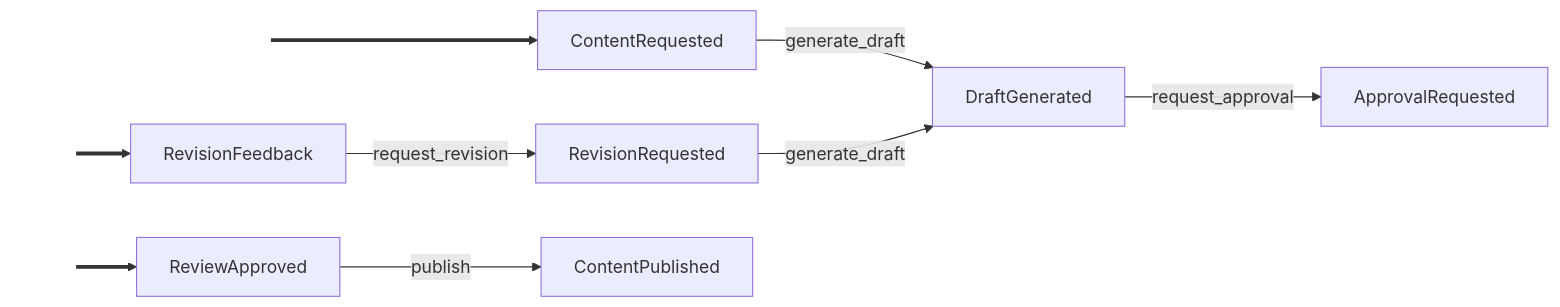
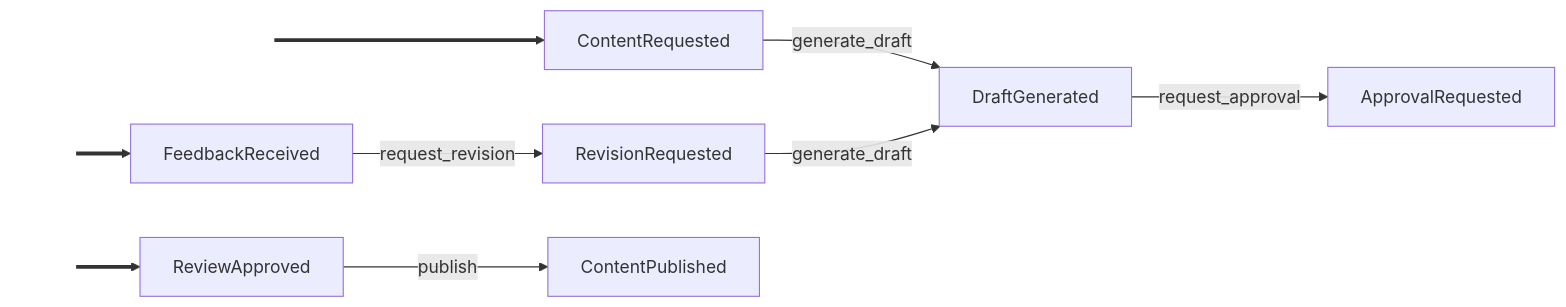
The diagram in examples/human_in_the_loop.graph.md (cadance-io/langgraph-events), drawn with Mermaid before and after one commit. The commit also changed 5 other files, not shown here.

````diff
--- a/examples/human_in_the_loop.graph.md
+++ b/examples/human_in_the_loop.graph.md
@@ -4,13 +4,13 @@
 ```mermaid
 graph LR
     classDef entry fill:none,stroke:none,color:none
     _e0_[ ]:::entry ==> ContentRequested
-    _e1_[ ]:::entry ==> ReviewApproved
-    _e2_[ ]:::entry ==> RevisionFeedback
+    _e1_[ ]:::entry ==> FeedbackReceived
+    _e2_[ ]:::entry ==> ReviewApproved
     ContentRequested -->|generate_draft| DraftGenerated
     RevisionRequested -->|generate_draft| DraftGenerated
     DraftGenerated -->|request_approval| ApprovalRequested
     ReviewApproved -->|publish| ContentPublished
-    RevisionFeedback -->|request_revision| RevisionRequested
+    FeedbackReceived -->|request_revision| RevisionRequested
 %% Side-effect handlers: audit_trail (Auditable)
 ```
````
